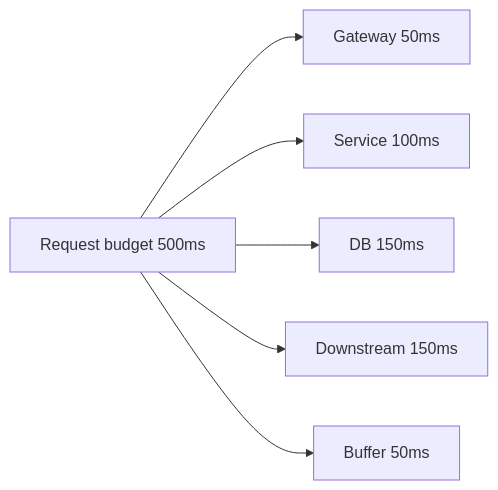
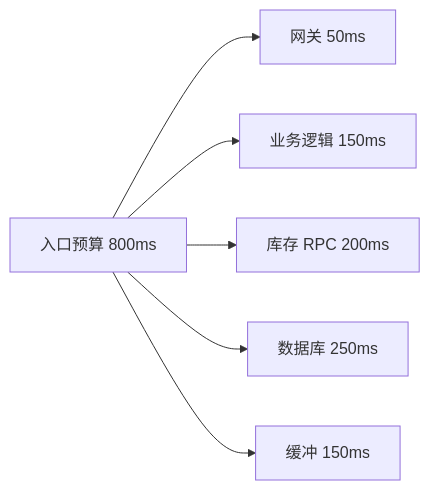
The first of 3 diagrams in docs/reliability/timeout.md (AmazingCaddy/readings-backend), drawn with Mermaid before and after one commit. The commit also changed other lines of this file, not shown here.

````diff
--- a/docs/reliability/timeout.md
+++ b/docs/reliability/timeout.md
@@ -9,8 +12,8 @@
 ```mermaid
 flowchart LR
-    A[Request budget 500ms] --> B[Gateway 50ms]
-    A --> C[Service 100ms]
-    A --> D[DB 150ms]
-    A --> E[Downstream 150ms]
-    A --> F[Buffer 50ms]
+    A[入口预算 800ms] --> B[网关 50ms]
+    A --> C[业务逻辑 150ms]
+    A --> D[库存 RPC 200ms]
+    A --> E[数据库 250ms]
+    A --> F[缓冲 150ms]
 ```
````
